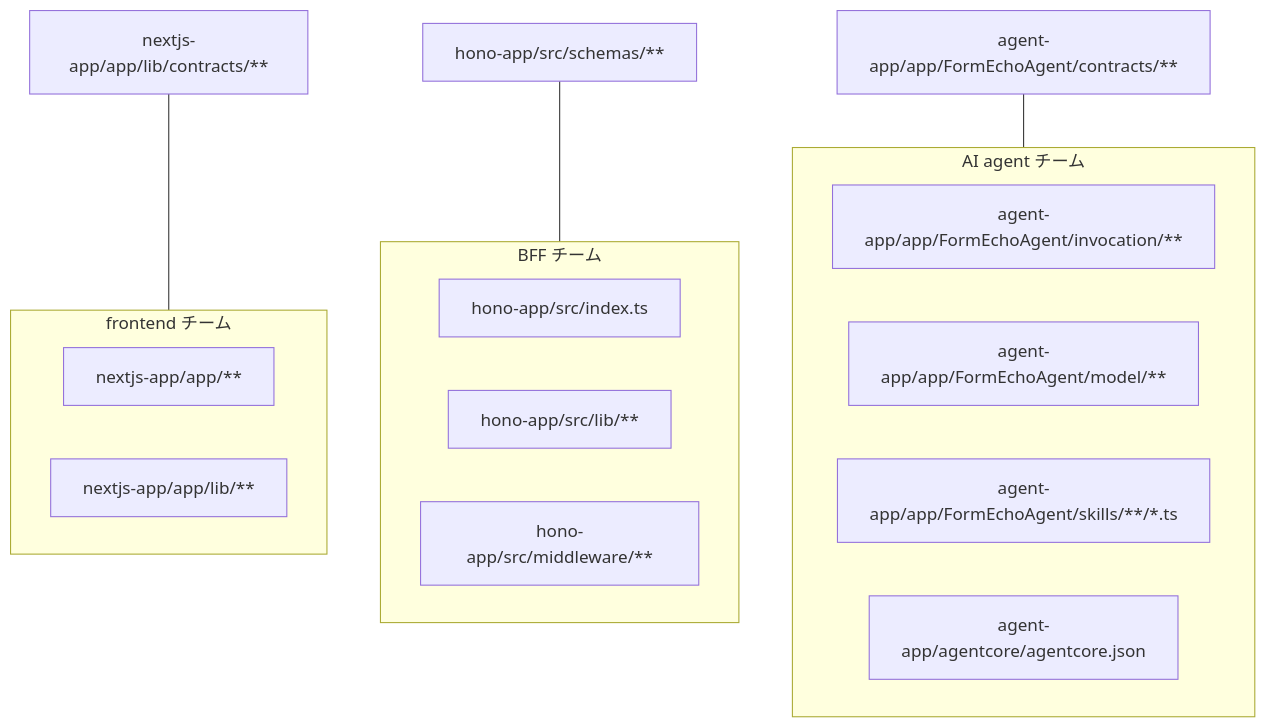
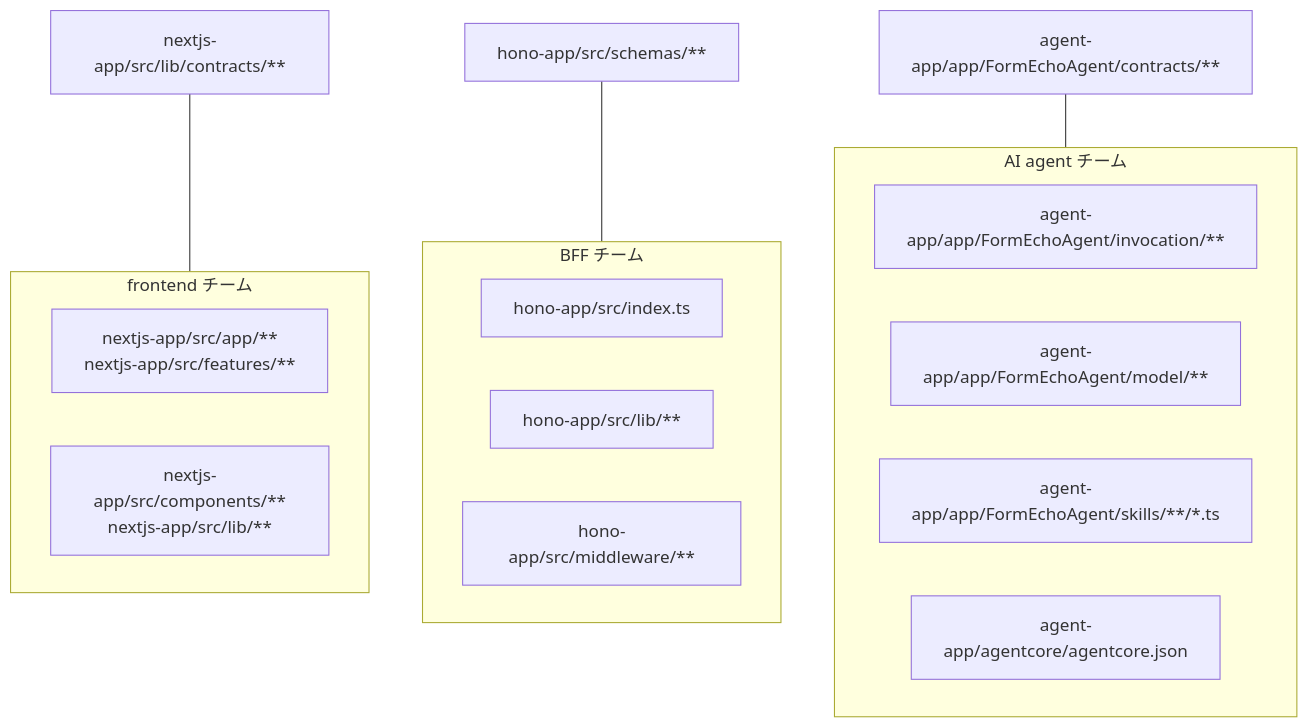
One commit to ag-ke-nakamura/form-echo-agent changed the first of 2 diagrams in docs/responsibilities.md. Above: the diagram before and after it, drawn with Mermaid. The commit also changed other lines of this file and 83 other files, not shown here.

First line of the commit message:
nextjs-app を src/ の feature-based 構成へ移す（#157）

````diff
--- a/docs/responsibilities.md
+++ b/docs/responsibilities.md
@@ -21,28 +21,28 @@
 ```mermaid
 graph TB
     subgraph fe["frontend チーム"]
-        F1["nextjs-app/app/**"]
-        F2["nextjs-app/app/lib/**"]
+        F1["nextjs-app/src/app/**<br/>nextjs-app/src/features/**"]
+        F2["nextjs-app/src/components/**<br/>nextjs-app/src/lib/**"]
     end
 
     subgraph be["BFF チーム"]
         B1["hono-app/src/index.ts"]
         B2["hono-app/src/lib/**"]
         B3["hono-app/src/middleware/**"]
     end
 
     subgraph ai["AI agent チーム"]
         A1["agent-app/app/FormEchoAgent/invocation/**"]
         A2["agent-app/app/FormEchoAgent/model/**"]
         A3["agent-app/app/FormEchoAgent/skills/**/*.ts"]
         A4["agent-app/agentcore/agentcore.json"]
     end
 
-    F3["nextjs-app/app/lib/contracts/**"]
+    F3["nextjs-app/src/lib/contracts/**"]
     B4["hono-app/src/schemas/**"]
     A5["agent-app/app/FormEchoAgent/contracts/**"]
 
     F3 --- fe
     B4 --- be
     A5 --- ai
 ```
````
